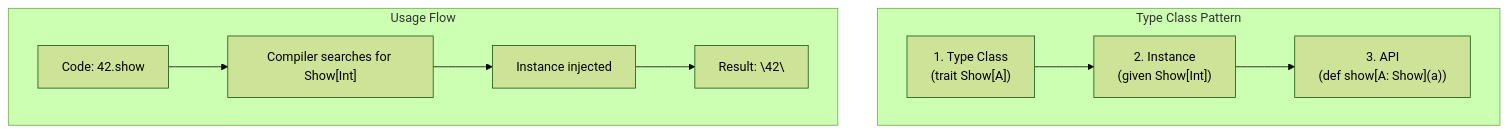
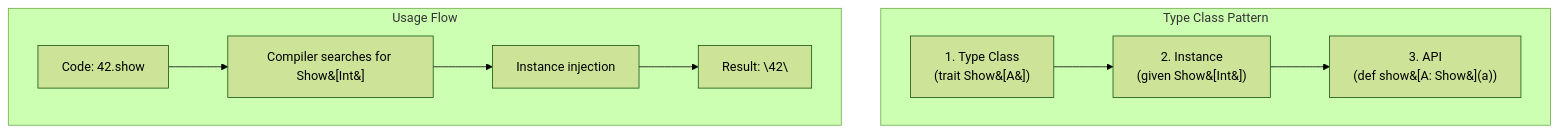
The diagram in content/en/docs/scala/concepts/type-classes.md (advanced-beginner/advanced-beginner.github.io), drawn with Mermaid (forest theme) before and after one commit. The commit also changed other lines of this file and 30 other files, not shown here.

````diff
--- a/content/en/docs/scala/concepts/type-classes.md
+++ b/content/en/docs/scala/concepts/type-classes.md
@@ -47,21 +61,21 @@
 ```mermaid
 graph TB
     subgraph "Type Class Pattern"
-        TC["1. Type Class<br>(trait Show#91;A#93;)"]
-        TI["2. Instance<br>(given Show#91;Int#93;)"]
-        API["3. API<br>(def show#91;A: Show#93;(a))"]
+        TC["1. Type Class<br>(trait Show&#91;A&#93;)"]
+        TI["2. Instance<br>(given Show&#91;Int&#93;)"]
+        API["3. API<br>(def show&#91;A: Show&#93;(a))"]
     end
 
     subgraph "Usage Flow"
         Code["Code: 42.show"]
-        Compiler["Compiler searches for Show#91;Int#93;"]
-        Instance["Instance injected"]
+        Compiler["Compiler searches for Show&#91;Int&#93;"]
+        Instance["Instance injection"]
         Result["Result: \"42\""]
     end
 
     TC --> TI
     TI --> API
     Code --> Compiler
     Compiler --> Instance
     Instance --> Result
 ```
````
